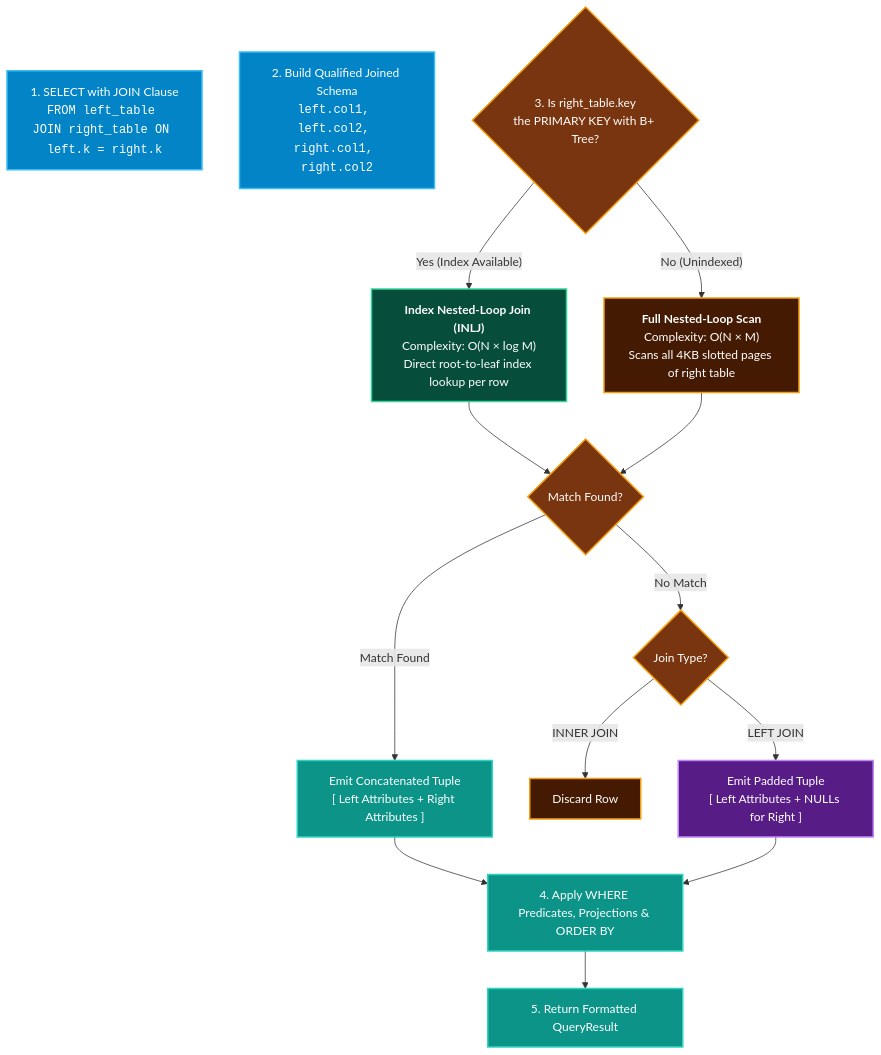
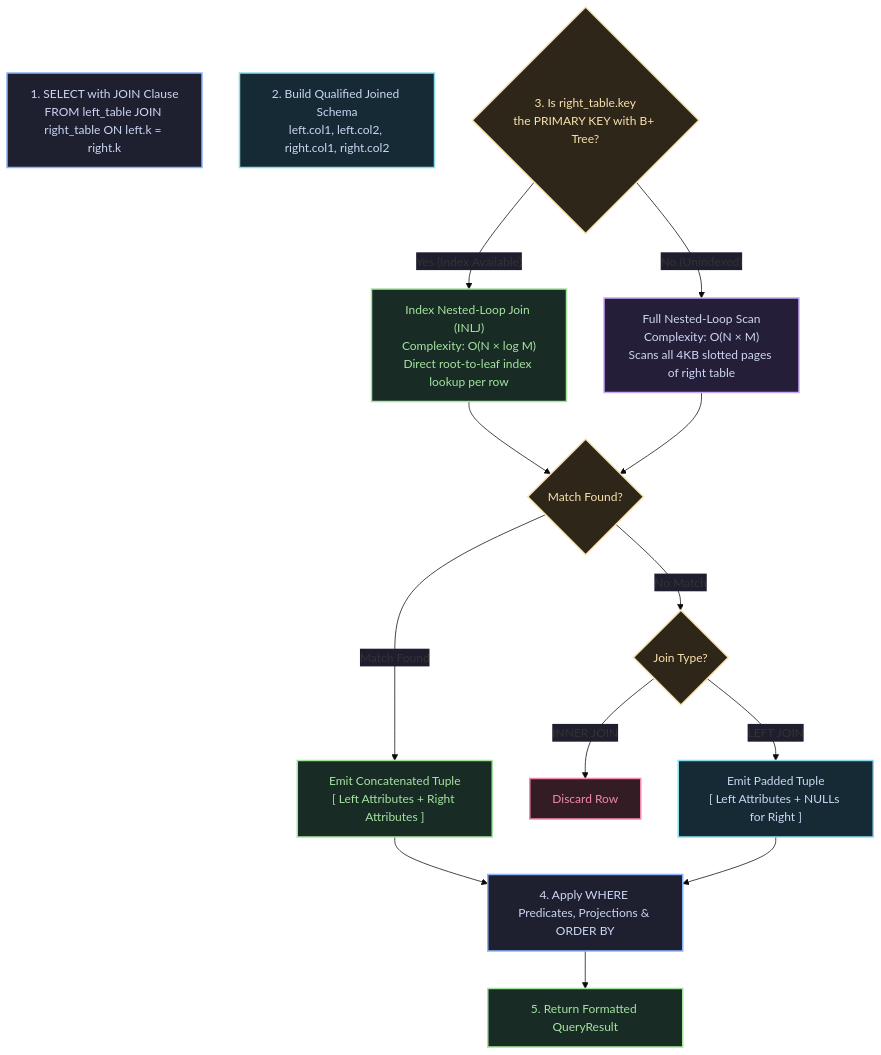
The diagram in docs/sql/joins.md (KAAZamapiloT/QUARTZ_DB), drawn with Mermaid before and after one commit. The commit also changed 18 other files, not shown here.

````diff
--- a/docs/sql/joins.md
+++ b/docs/sql/joins.md
@@ -61,34 +61,34 @@
 ```mermaid
+%%{init: {'theme': 'base', 'themeVariables': {'edgeLabelBackground': '#1e1e2e', 'tertiaryTextColor': '#cdd6f4'}}}%%
 flowchart TD
-    %% Colorful INLJ execution flowchart
-    classDef inputNode fill:#0284c7,stroke:#38bdf8,stroke-width:2px,color:#ffffff;
-    classDef checkNode fill:#78350f,stroke:#f59e0b,stroke-width:2px,color:#ffffff;
-    classDef inljPath fill:#064e3b,stroke:#34d399,stroke-width:2px,color:#ffffff;
-    classDef scanPath fill:#451a03,stroke:#f59e0b,stroke-width:2px,color:#ffffff;
-    classDef leftJoin fill:#581c87,stroke:#c084fc,stroke-width:2px,color:#ffffff;
-    classDef outputNode fill:#0d9488,stroke:#2dd4bf,stroke-width:2px,color:#ffffff;
+    classDef entry fill:#1e2030,stroke:#89b4fa,stroke-width:2px,color:#cdd6f4;
+    classDef guard fill:#2e2619,stroke:#f9e2af,stroke-width:2px,color:#f9e2af;
+    classDef success fill:#182c25,stroke:#a6e3a1,stroke-width:2px,color:#a6e3a1;
+    classDef error fill:#331c24,stroke:#f38ba8,stroke-width:2px,color:#f38ba8;
+    classDef disk fill:#241e38,stroke:#cba6f7,stroke-width:2px,color:#cdd6f4;
+    classDef shared fill:#162a35,stroke:#89dceb,stroke-width:2px,color:#cdd6f4;
 
-    Start["1. SELECT with JOIN Clause<br><code>FROM left_table JOIN right_table ON left.k = right.k</code>"]:::inputNode
-    BuildSchema["2. Build Qualified Joined Schema<br><code>left.col1, left.col2, right.col1, right.col2</code>"]:::inputNode
+    Start["1. SELECT with JOIN Clause<br/>FROM left_table JOIN right_table ON left.k = right.k"]:::entry
+    BuildSchema["2. Build Qualified Joined Schema<br/>left.col1, left.col2, right.col1, right.col2"]:::shared
     
-    CheckOpt{"3. Is right_table.key<br>the PRIMARY KEY with B+ Tree?"}:::checkNode
+    CheckOpt{"3. Is right_table.key<br/>the PRIMARY KEY with B+ Tree?"}:::guard
 
     %% Fast-Path INLJ
-    CheckOpt -- "Yes (Index Available)" --> INLJ["<b>Index Nested-Loop Join (INLJ)</b><br>Complexity: O(N &times; log M)<br>Direct root-to-leaf index lookup per row"]:::inljPath
+    CheckOpt -- "Yes (Index Available)" --> INLJ["Index Nested-Loop Join (INLJ)<br/>Complexity: O(N &times; log M)<br/>Direct root-to-leaf index lookup per row"]:::success
 
     %% Full Nested Loop
-    CheckOpt -- "No (Unindexed)" --> NestedLoop["<b>Full Nested-Loop Scan</b><br>Complexity: O(N &times; M)<br>Scans all 4KB slotted pages of right table"]:::scanPath
+    CheckOpt -- "No (Unindexed)" --> NestedLoop["Full Nested-Loop Scan<br/>Complexity: O(N &times; M)<br/>Scans all 4KB slotted pages of right table"]:::disk
 
-    INLJ --> MatchCheck{"Match Found?"}:::checkNode
+    INLJ --> MatchCheck{"Match Found?"}:::guard
     NestedLoop --> MatchCheck
 
-    MatchCheck -- "Match Found" --> EmitBoth["Emit Concatenated Tuple<br>[ Left Attributes + Right Attributes ]"]:::outputNode
-    MatchCheck -- "No Match" --> CheckType{"Join Type?"}:::checkNode
+    MatchCheck -- "Match Found" --> EmitBoth["Emit Concatenated Tuple<br/>[ Left Attributes + Right Attributes ]"]:::success
+    MatchCheck -- "No Match" --> CheckType{"Join Type?"}:::guard
 
-    CheckType -- "INNER JOIN" --> DiscardRow["Discard Row"]:::scanPath
-    CheckType -- "LEFT JOIN" --> EmitNullPad["Emit Padded Tuple<br>[ Left Attributes + NULLs for Right ]"]:::leftJoin
+    CheckType -- "INNER JOIN" --> DiscardRow["Discard Row"]:::error
+    CheckType -- "LEFT JOIN" --> EmitNullPad["Emit Padded Tuple<br/>[ Left Attributes + NULLs for Right ]"]:::shared
 
-    EmitBoth --> FilterPost["4. Apply WHERE Predicates, Projections &amp; ORDER BY"]:::outputNode
+    EmitBoth --> FilterPost["4. Apply WHERE Predicates, Projections &amp; ORDER BY"]:::entry
     EmitNullPad --> FilterPost
-    FilterPost --> FinalResult["5. Return Formatted QueryResult"]:::outputNode
+    FilterPost --> FinalResult["5. Return Formatted QueryResult"]:::success
 ```
````
